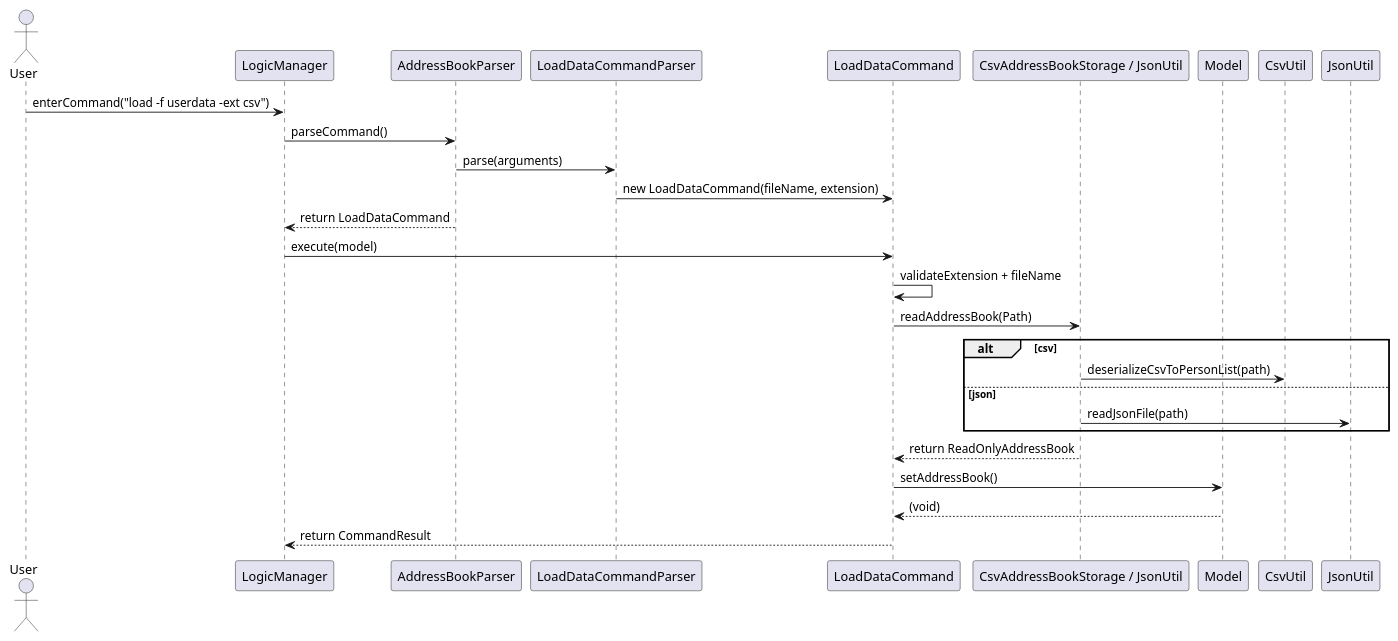
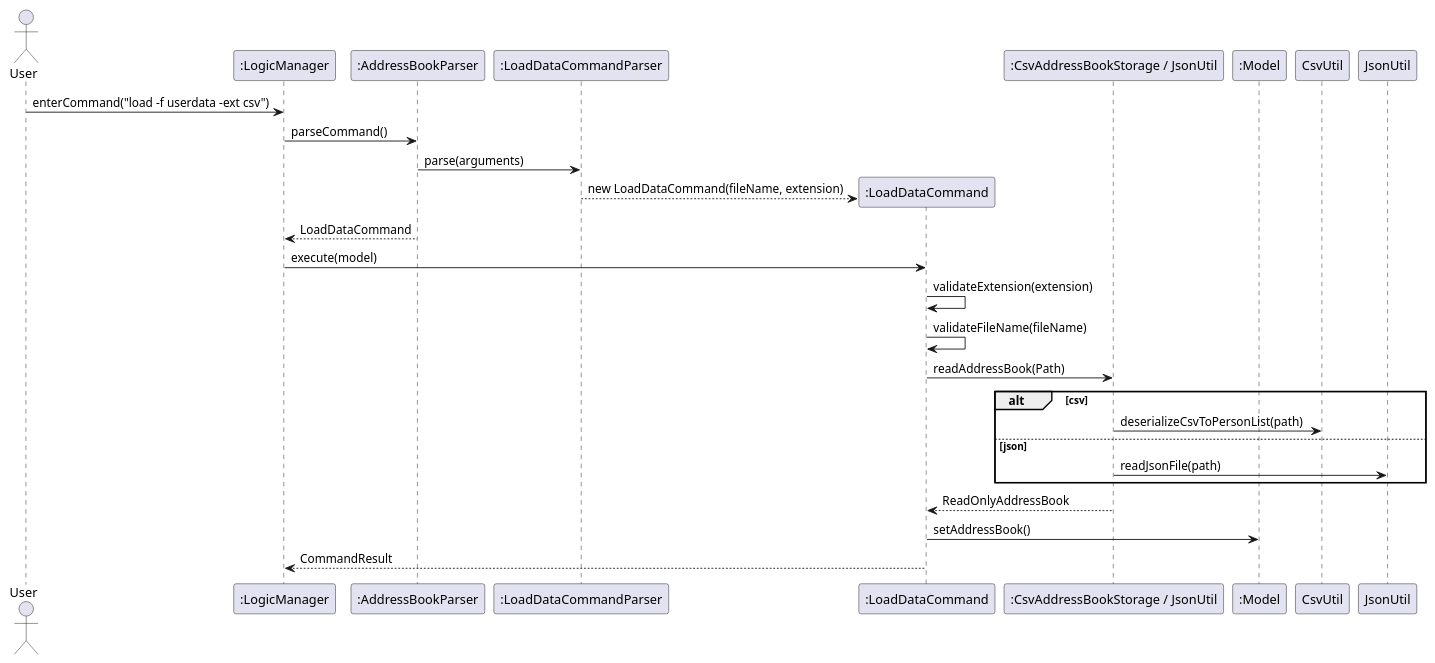
Before and after one commit to philbertshea/tp: the diagram in docs/diagrams/LoadDataSequenceDiagram.puml, drawn with PlantUML. The commit also changed 2 other files, not shown here.

```diff
--- a/docs/diagrams/LoadDataSequenceDiagram.puml
+++ b/docs/diagrams/LoadDataSequenceDiagram.puml
@@ -1,32 +1,32 @@
 @startuml
 actor User
-participant "LogicManager" as Logic
-participant "AddressBookParser" as Parser
-participant "LoadDataCommandParser" as CmdParser
-participant "LoadDataCommand" as Command
-participant "CsvAddressBookStorage / JsonUtil" as Storage
-participant "Model" as Model
+participant ":LogicManager" as Logic
+participant ":AddressBookParser" as Parser
+participant ":LoadDataCommandParser" as CmdParser
+participant ":LoadDataCommand" as Command
+participant ":CsvAddressBookStorage / JsonUtil" as Storage
+participant ":Model" as Model
 
 User -> Logic : enterCommand("load -f userdata -ext csv")
 Logic -> Parser : parseCommand()
 Parser -> CmdParser : parse(arguments)
-CmdParser -> Command : new LoadDataCommand(fileName, extension)
-Parser --> Logic : return LoadDataCommand
+CmdParser --> Command ** : new LoadDataCommand(fileName, extension)
+Parser --> Logic : LoadDataCommand
 
 Logic -> Command : execute(model)
-Command -> Command : validateExtension + fileName
+Command -> Command : validateExtension(extension)
+Command -> Command : validateFileName(fileName)
 Command -> Storage : readAddressBook(Path)
 
 alt csv
     Storage -> CsvUtil : deserializeCsvToPersonList(path)
 else json
     Storage -> JsonUtil : readJsonFile(path)
 end
 
-Storage --> Command : return ReadOnlyAddressBook
+Storage --> Command : ReadOnlyAddressBook
 Command -> Model : setAddressBook()
 
-Model --> Command : (void)
-Command --> Logic : return CommandResult
+Command --> Logic : CommandResult
 
 @enduml
```
